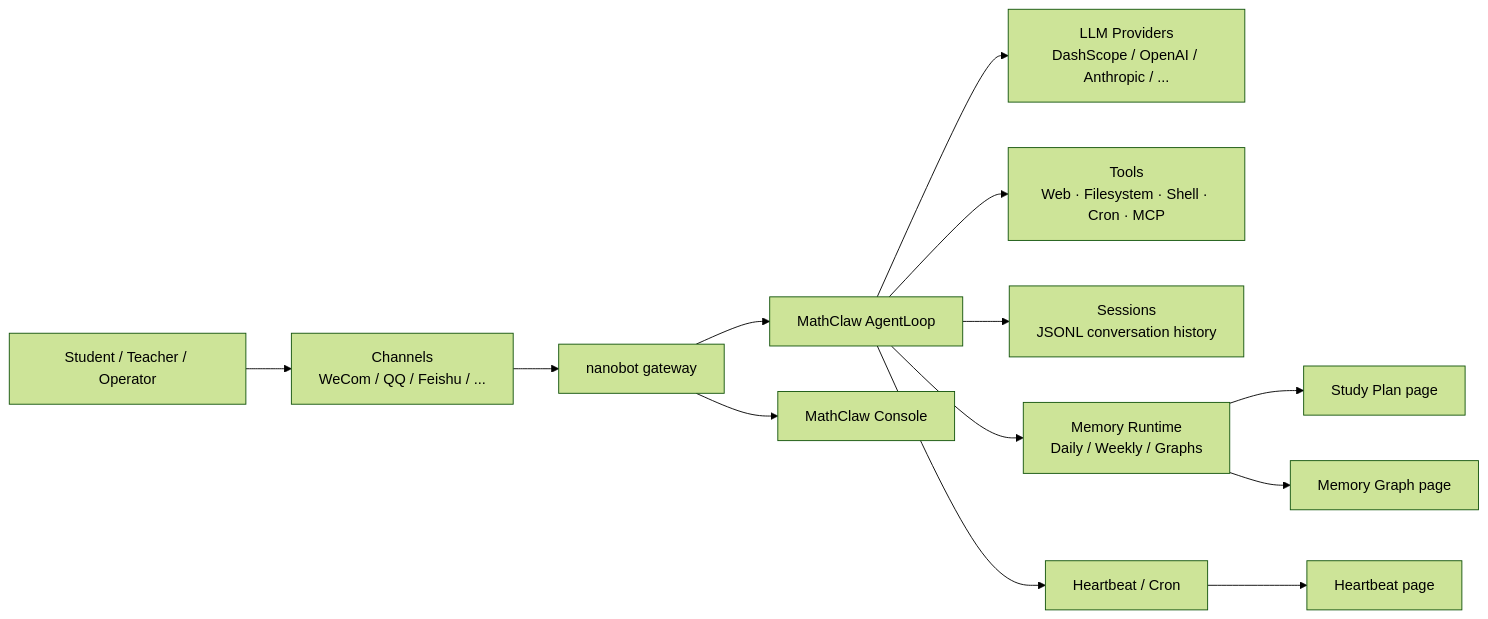
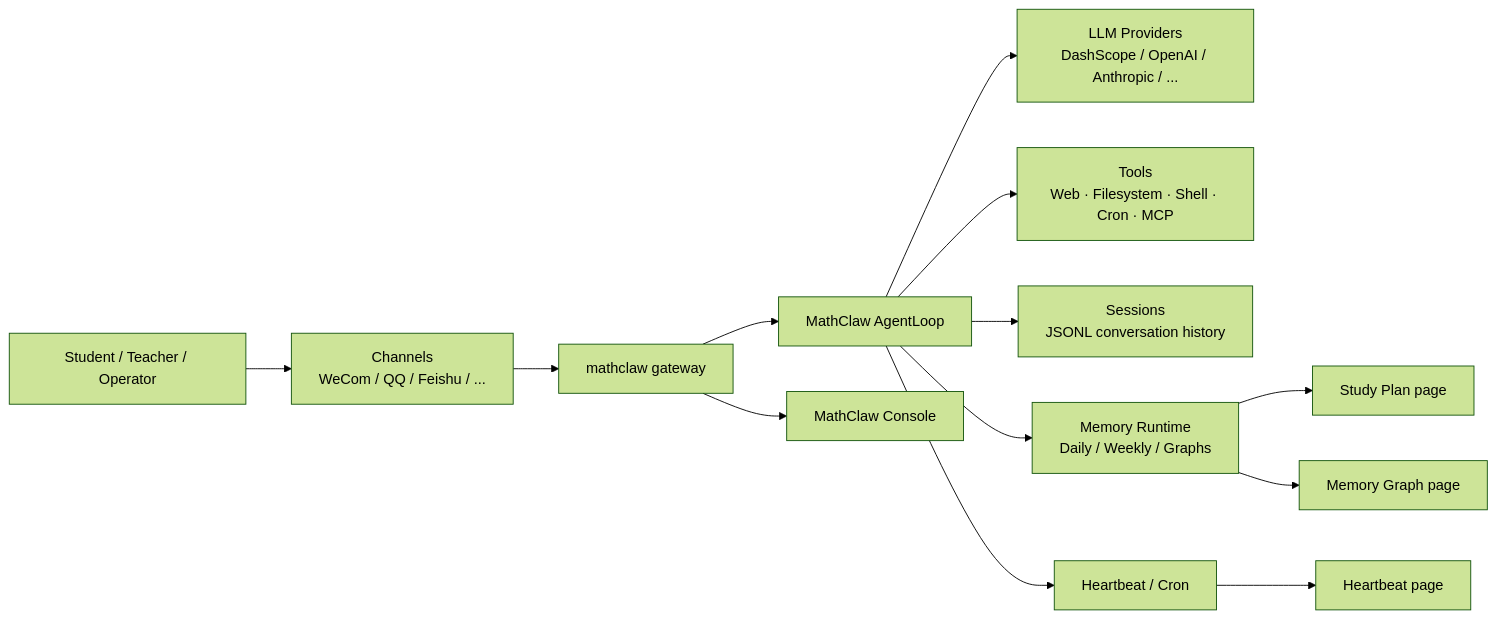
The second of 2 diagrams in README_EN.md (MathClaw-ruc/MathClaw), drawn with Mermaid (forest theme) before and after one commit. The commit also changed other lines of this file and 231 other files, not shown here.

````diff
--- a/README_EN.md
+++ b/README_EN.md
@@ -458,17 +458,17 @@
 ```mermaid
 flowchart LR
     A["Student / Teacher / Operator"] --> B["Channels<br/>WeCom / QQ / Feishu / ..."]
-    B --> C["nanobot gateway"]
+    B --> C["mathclaw gateway"]
     C --> D["MathClaw AgentLoop"]
 
     D --> E["LLM Providers<br/>DashScope / OpenAI / Anthropic / ..."]
     D --> F["Tools<br/>Web · Filesystem · Shell · Cron · MCP"]
     D --> G["Sessions<br/>JSONL conversation history"]
     D --> H["Memory Runtime<br/>Daily / Weekly / Graphs"]
     D --> I["Heartbeat / Cron"]
 
     H --> J["Study Plan page"]
     H --> K["Memory Graph page"]
     I --> L["Heartbeat page"]
     C --> M["MathClaw Console"]
 ```
````
